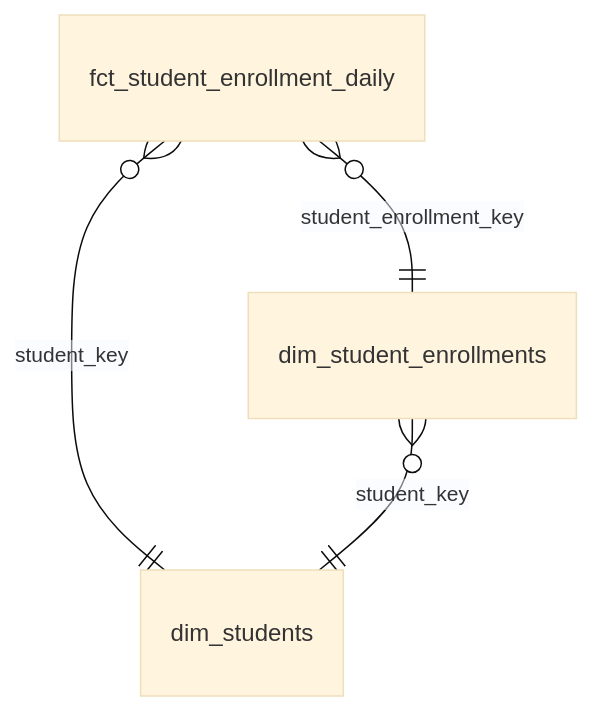
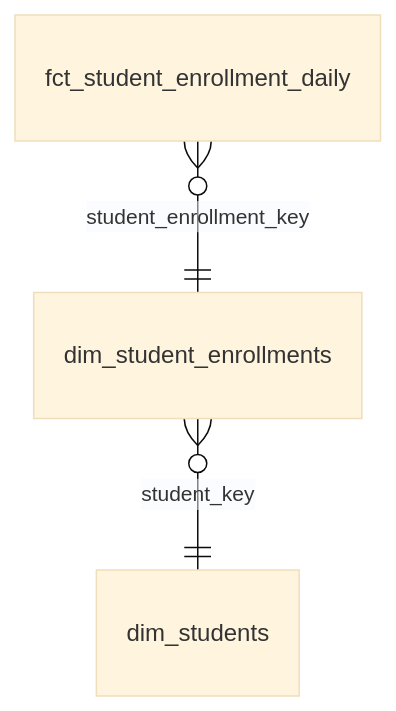
One commit to TEAMSchools/teamster changed diagram 20 of 25 in docs/reference/marts-data-models.md. Above: the diagram before and after it, drawn with Mermaid (base theme). The commit also changed other lines of this file and 5 other files, not shown here.

First line of the commit message:
refactor(dbt): drop denormalized columns from enrollment daily fact

````diff
--- a/docs/reference/marts-data-models.md
+++ b/docs/reference/marts-data-models.md
@@ -359,6 +359,5 @@
 ```mermaid
 erDiagram
   fct_student_enrollment_daily }o--|| dim_student_enrollments : "student_enrollment_key"
-  fct_student_enrollment_daily }o--|| dim_students : "student_key"
   dim_student_enrollments }o--|| dim_students : "student_key"
 ```
````
